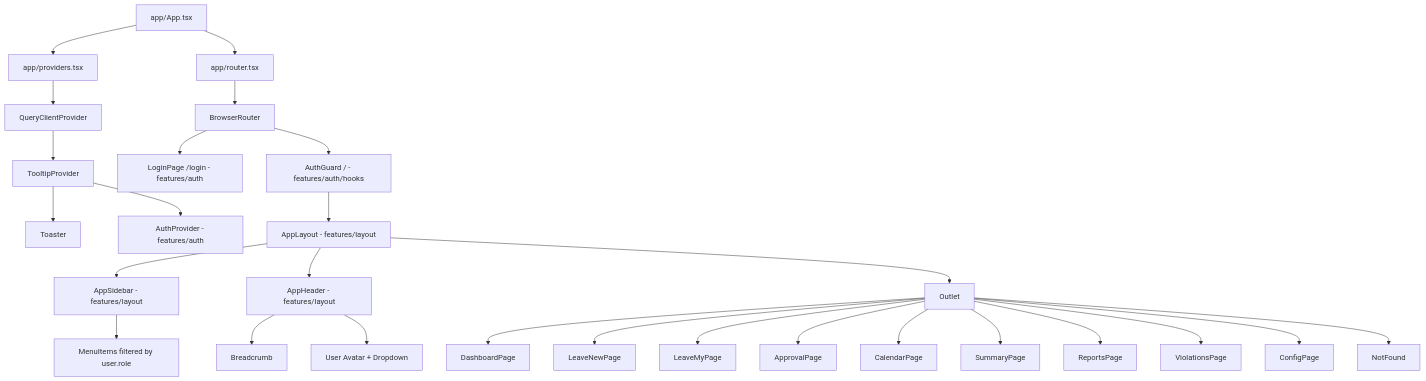
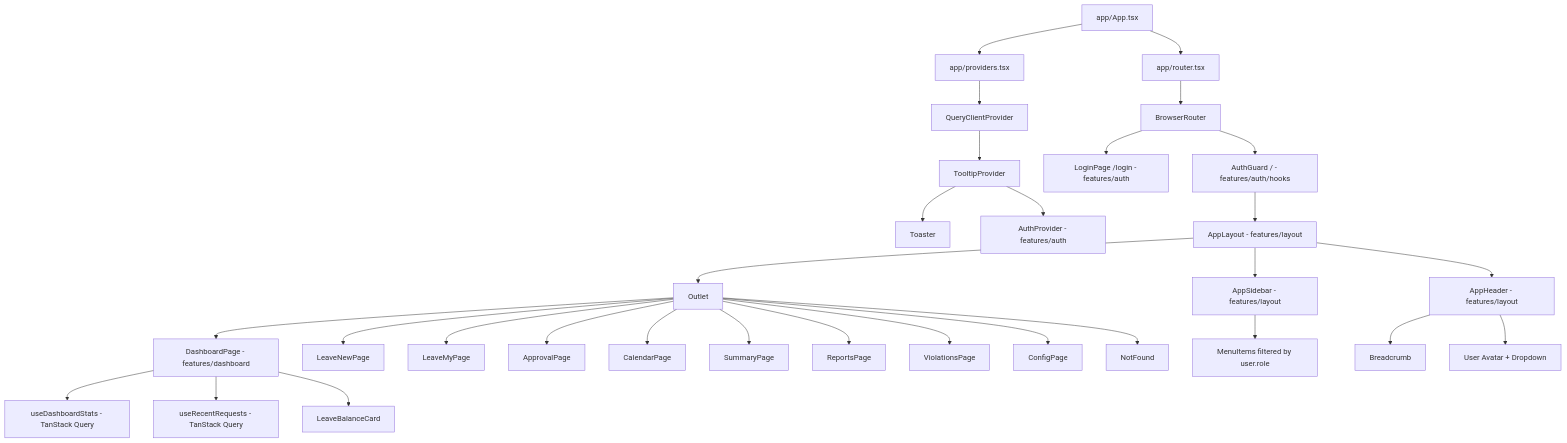
One commit to Ali-AnNT/qlnp-ttcds changed the first of 8 diagrams in docs/system-architecture.md. Above: the diagram before and after it, drawn with Mermaid. The commit also changed other lines of this file and 17 other files, not shown here.

Commit message:
refactor(web): migrate dashboard to VSA features/dashboard structure

````diff
--- a/docs/system-architecture.md
+++ b/docs/system-architecture.md
@@ -108,31 +112,35 @@
 ```mermaid
 graph TD
     App[app/App.tsx]
     App --> Providers[app/providers.tsx]
     Providers --> QCP[QueryClientProvider]
     QCP --> TP[TooltipProvider]
     TP --> Toaster
     TP --> AP[AuthProvider - features/auth]
     App --> Router[app/router.tsx]
     Router --> BR[BrowserRouter]
     BR --> LP[LoginPage /login - features/auth]
     BR --> AG[AuthGuard / - features/auth/hooks]
     AG --> AL[AppLayout - features/layout]
     AL --> AS[AppSidebar - features/layout]
     AL --> AH[AppHeader - features/layout]
     AL --> OUT[Outlet]
-    OUT --> DP[DashboardPage]
+    OUT --> DP[DashboardPage - features/dashboard]
     OUT --> LNP[LeaveNewPage]
     OUT --> LMP[LeaveMyPage]
     OUT --> APV[ApprovalPage]
     OUT --> CP[CalendarPage]
     OUT --> SP[SummaryPage]
     OUT --> RP[ReportsPage]
     OUT --> VP[ViolationsPage]
     OUT --> CFP[ConfigPage]
     OUT --> NF[NotFound]
 
+    DP --> DS[useDashboardStats - TanStack Query]
+    DP --> DR[useRecentRequests - TanStack Query]
+    DP --> LBC[LeaveBalanceCard]
+
     AS --> MenuItems[MenuItems filtered by user.role]
     AH --> BC[Breadcrumb]
     AH --> UserMenu[User Avatar + Dropdown]
 ```
````
